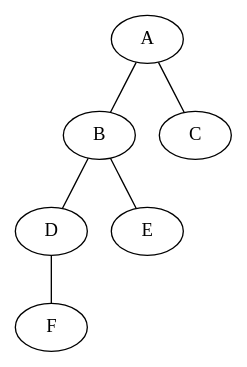
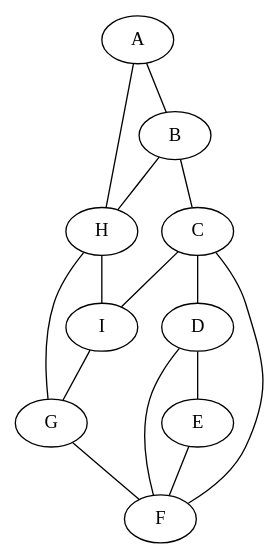
One commit to houcy/AAnim changed the diagram in practice/graph_blueprint.gv. Above: the diagram before and after it, drawn with Graphviz. The commit also changed 9 other files, not shown here.

```diff
--- a/practice/graph_blueprint.gv
+++ b/practice/graph_blueprint.gv
@@ -1,7 +1,16 @@
 graph G {
 	A -- B
-	A -- C
-	B -- D
-	B -- E
+	A -- H
+	B -- C
+	B -- H
+	C -- D
+	C -- I
+	C -- F
+	I -- G
+	G -- F
 	D -- F
+	D -- E
+	E -- F
+	H -- G
+	H -- I
 }
```
